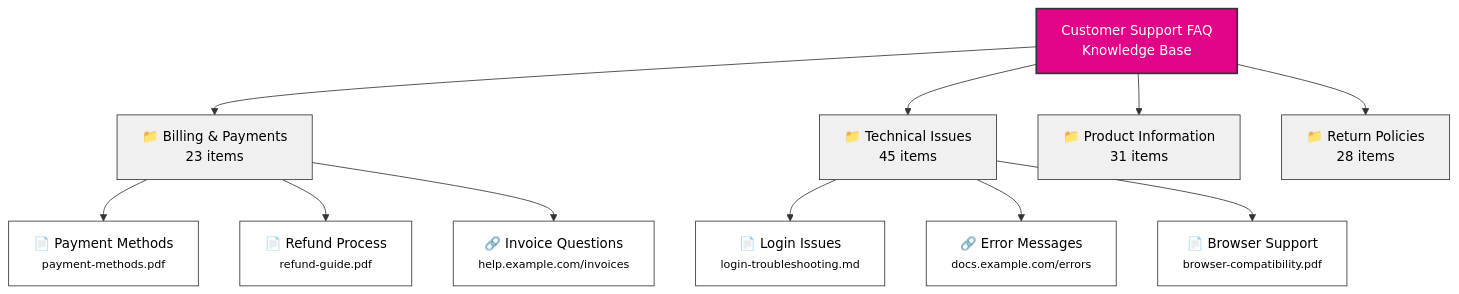
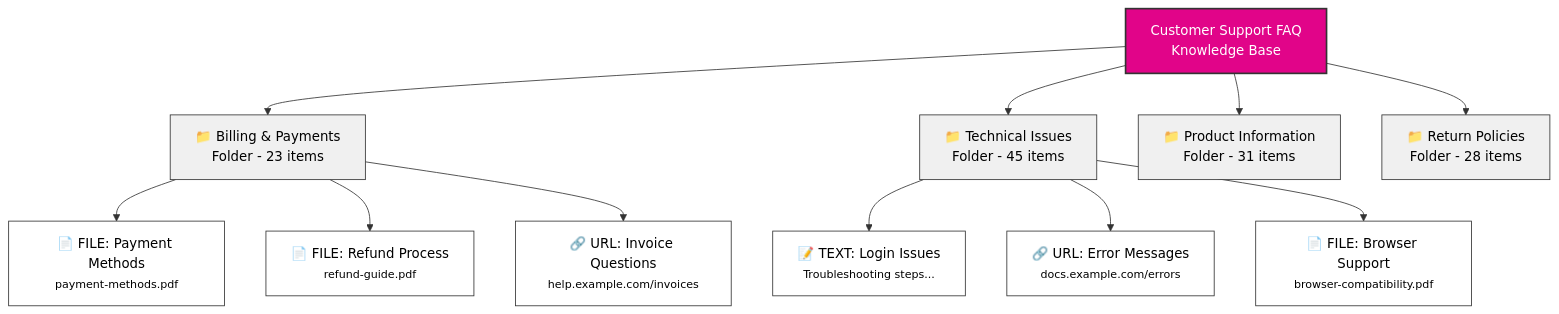
One commit to robertvy/docs changed the diagram in build/knowledge/architecture.mdx. Above: the diagram before and after it, drawn with Mermaid. The commit also changed other lines of this file, not shown here.

````diff
--- a/build/knowledge/architecture.mdx
+++ b/build/knowledge/architecture.mdx
@@ -21,29 +23,29 @@
 ```mermaid
 graph TB
     KB[Customer Support FAQ<br/>Knowledge Base]
 
-    KB --> F1[📁 Billing & Payments<br/>23 items]
-    KB --> F2[📁 Technical Issues<br/>45 items]
-    KB --> F3[📁 Product Information<br/>31 items]
-    KB --> F4[📁 Return Policies<br/>28 items]
+    KB --> F1[📁 Billing & Payments<br/>Folder - 23 items]
+    KB --> F2[📁 Technical Issues<br/>Folder - 45 items]
+    KB --> F3[📁 Product Information<br/>Folder - 31 items]
+    KB --> F4[📁 Return Policies<br/>Folder - 28 items]
 
-    F1 --> I1[📄 Payment Methods<br/><small>payment-methods.pdf</small>]
-    F1 --> I2[📄 Refund Process<br/><small>refund-guide.pdf</small>]
-    F1 --> I3[🔗 Invoice Questions<br/><small>help.example.com/invoices</small>]
+    F1 --> I1[📄 FILE: Payment Methods<br/><small>payment-methods.pdf</small>]
+    F1 --> I2[📄 FILE: Refund Process<br/><small>refund-guide.pdf</small>]
+    F1 --> I3[🔗 URL: Invoice Questions<br/><small>help.example.com/invoices</small>]
 
-    F2 --> I4[📄 Login Issues<br/><small>login-troubleshooting.md</small>]
-    F2 --> I5[🔗 Error Messages<br/><small>docs.example.com/errors</small>]
-    F2 --> I6[📄 Browser Support<br/><small>browser-compatibility.pdf</small>]
+    F2 --> I4[📝 TEXT: Login Issues<br/><small>Troubleshooting steps...</small>]
+    F2 --> I5[🔗 URL: Error Messages<br/><small>docs.example.com/errors</small>]
+    F2 --> I6[📄 FILE: Browser Support<br/><small>browser-compatibility.pdf</small>]
 
     style KB fill:#E10489,stroke:#333,stroke-width:2px,color:#fff
     style F1 fill:#f0f0f0,stroke:#333,stroke-width:1px,color:#000
     style F2 fill:#f0f0f0,stroke:#333,stroke-width:1px,color:#000
     style F3 fill:#f0f0f0,stroke:#333,stroke-width:1px,color:#000
     style F4 fill:#f0f0f0,stroke:#333,stroke-width:1px,color:#000
     style I1 fill:#fff,stroke:#333,stroke-width:1px,color:#000
     style I2 fill:#fff,stroke:#333,stroke-width:1px,color:#000
     style I3 fill:#fff,stroke:#333,stroke-width:1px,color:#000
     style I4 fill:#fff,stroke:#333,stroke-width:1px,color:#000
     style I5 fill:#fff,stroke:#333,stroke-width:1px,color:#000
     style I6 fill:#fff,stroke:#333,stroke-width:1px,color:#000
 ```
````
